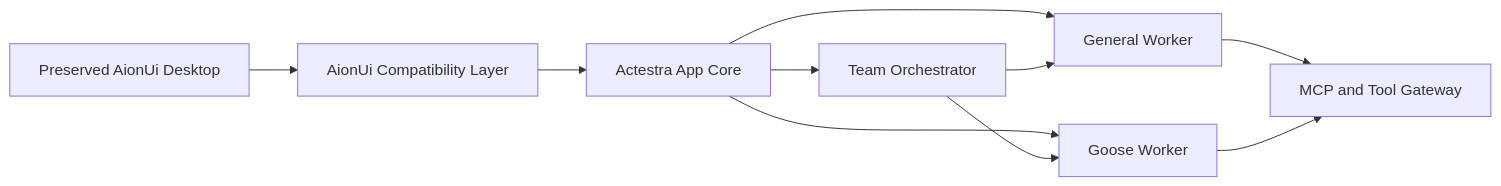
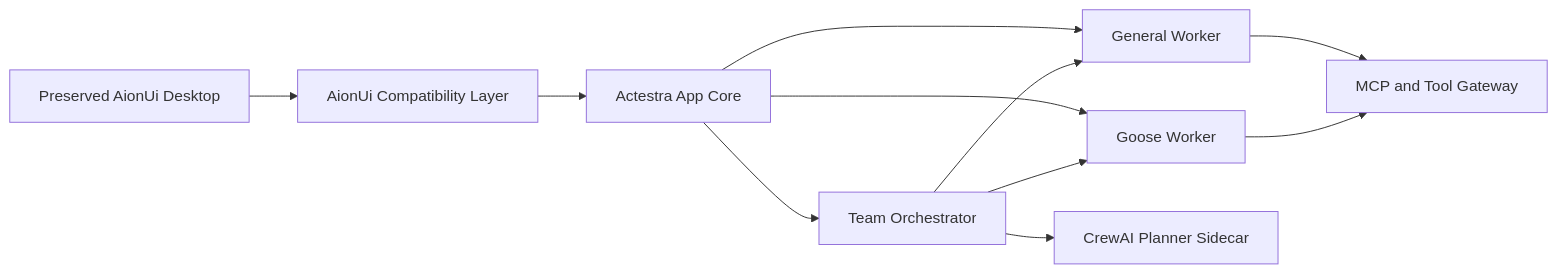
One commit to Ablankpaper/actestra-desktop changed the diagram in README.md. Above: the diagram before and after it, drawn with Mermaid. The commit also changed other lines of this file and 12 other files, not shown here.

Commit message:
docs: define CrewAI P6 sidecar boundary (#9)

````diff
--- a/README.md
+++ b/README.md
@@ -220,12 +222,13 @@
 ```mermaid
 flowchart LR
     UI["Preserved AionUi Desktop"] --> COMPAT["AionUi Compatibility Layer"]
     COMPAT --> CORE["Actestra App Core"]
     CORE --> GENERAL["General Worker"]
     CORE --> GOOSE["Goose Worker"]
     CORE --> TEAM["Team Orchestrator"]
+    TEAM --> PLANNER["CrewAI Planner Sidecar"]
     GENERAL --> TOOLS["MCP and Tool Gateway"]
     GOOSE --> TOOLS
     TEAM --> GENERAL
     TEAM --> GOOSE
 ```
````
